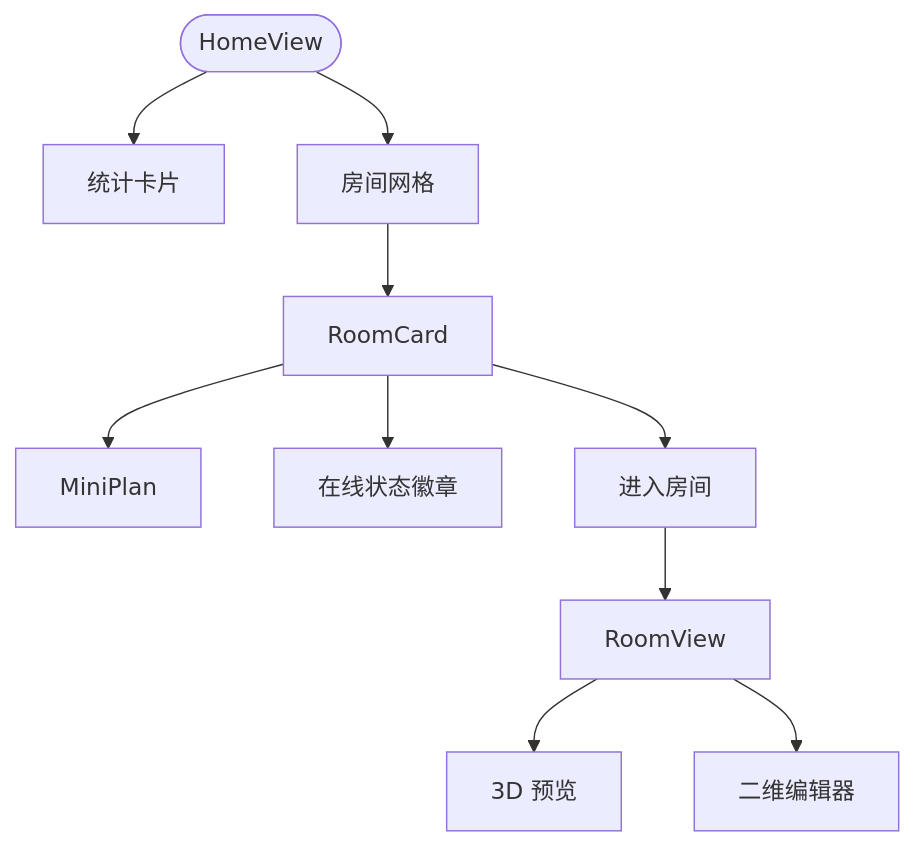
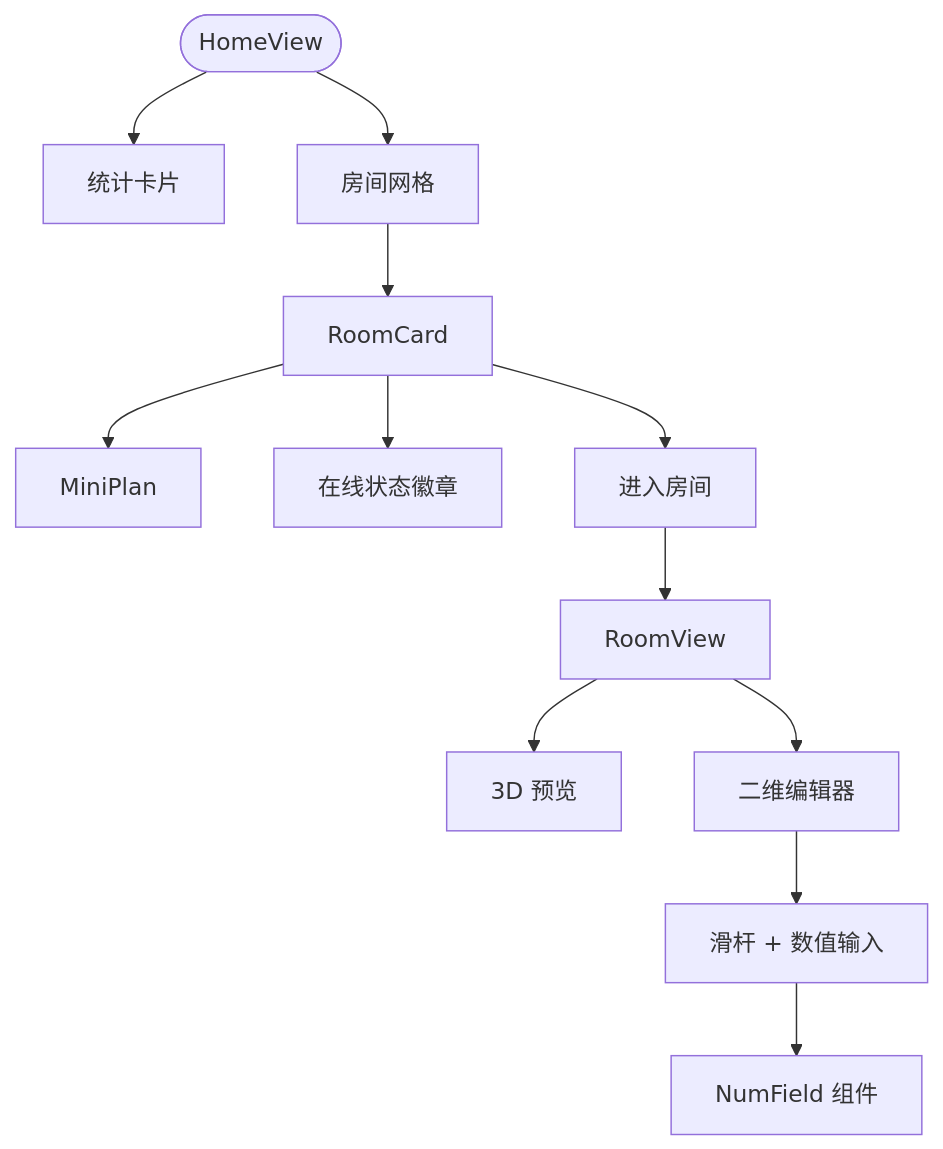
The fifth of 9 diagrams in .qoder/repowiki/zh/content/Web控制台/UI组件架构.md (zh79325/opple-cloud-adapter), drawn with Mermaid before and after one commit. The commit also changed other lines of this file and 29 other files, not shown here.

````diff
--- a/.qoder/repowiki/zh/content/Web控制台/UI组件架构.md
+++ b/.qoder/repowiki/zh/content/Web控制台/UI组件架构.md
@@ -174,12 +210,14 @@
 ```mermaid
 flowchart TD
 Start(["HomeView"]) --> Stats["统计卡片"]
 Start --> Rooms["房间网格"]
 Rooms --> Card["RoomCard"]
 Card --> Plan["MiniPlan"]
 Card --> Badge["在线状态徽章"]
 Card --> Enter["进入房间"]
 Enter --> RoomView["RoomView"]
 RoomView --> ViewMode["3D 预览"]
 RoomView --> EditMode["二维编辑器"]
+EditMode --> Controls["滑杆 + 数值输入"]
+Controls --> NumField["NumField 组件"]
 ```
````
